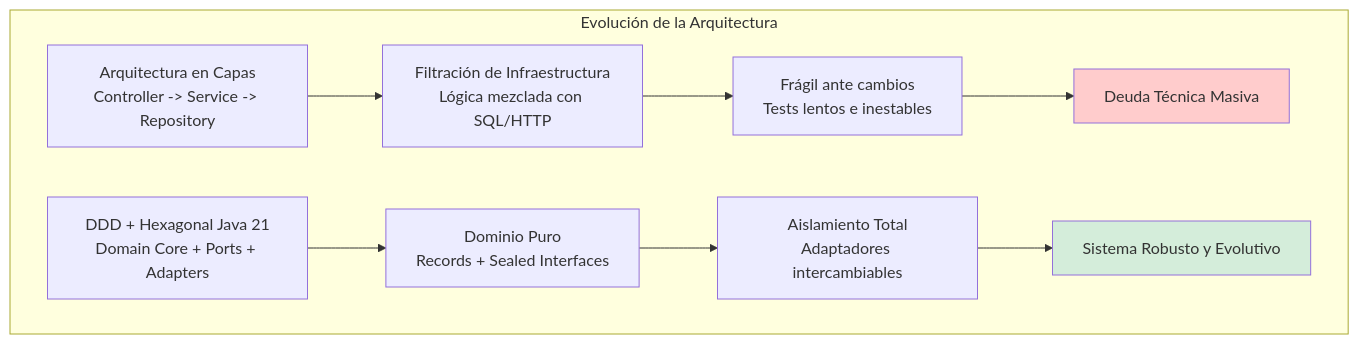
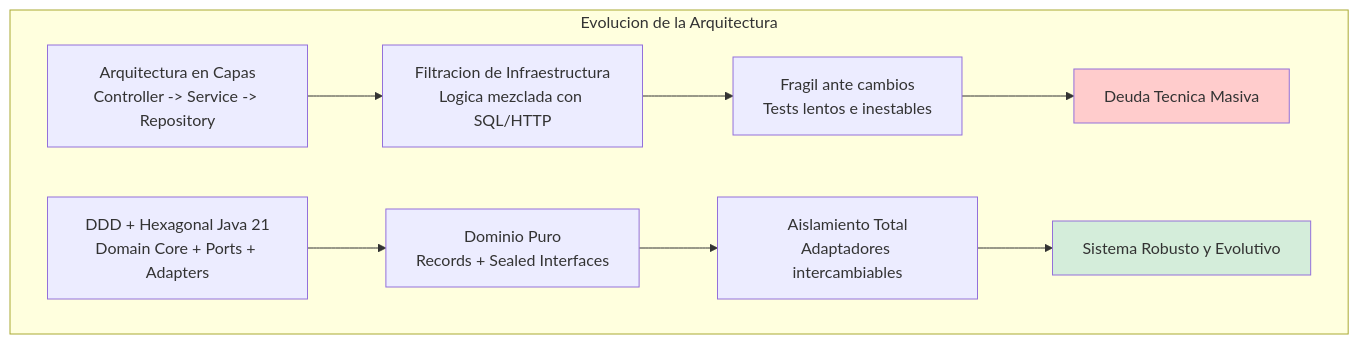
The first of 4 diagrams in 02_Arquitectura/ddd_y_arquitectura_hexagonal_con_java_21_STAFF.md (Joaquinriosheredia/DAM-Java-Mastery), drawn with Mermaid before and after one commit. The commit also changed other lines of this file, not shown here.

Commit message:
ddd_y_arquitectura_hexagonal_con_java_21_STAFF.md

````diff
--- a/02_Arquitectura/ddd_y_arquitectura_hexagonal_con_java_21_STAFF.md
+++ b/02_Arquitectura/ddd_y_arquitectura_hexagonal_con_java_21_STAFF.md
@@ -38,15 +57,15 @@
 ```mermaid
 graph TD
-    subgraph "Evolución de la Arquitectura"
-        OLD[Arquitectura en Capas<br>Controller -> Service -> Repository] --> LEAK[Filtración de Infraestructura<br>Lógica mezclada con SQL/HTTP]
-        LEAK --> FRAGILE[Frágil ante cambios<br>Tests lentos e inestables]
-        FRAGILE --> DEBT[Deuda Técnica Masiva]
+    subgraph "Evolucion de la Arquitectura"
+        OLD[Arquitectura en Capas<br/>Controller -> Service -> Repository] --> LEAK[Filtracion de Infraestructura<br/>Logica mezclada con SQL/HTTP]
+        LEAK --> FRAGILE[Fragil ante cambios<br/>Tests lentos e inestables]
+        FRAGILE --> DEBT[Deuda Tecnica Masiva]
         
-        NEW[DDD + Hexagonal Java 21<br>Domain Core + Ports + Adapters] --> PURE[Dominio Puro<br>Records + Sealed Interfaces]
-        PURE --> ISOL[Aislamiento Total<br>Adaptadores intercambiables]
+        NEW[DDD + Hexagonal Java 21<br/>Domain Core + Ports + Adapters] --> PURE[Dominio Puro<br/>Records + Sealed Interfaces]
+        PURE --> ISOL[Aislamiento Total<br/>Adaptadores intercambiables]
         ISOL --> ROBUST[Sistema Robusto y Evolutivo]
     end
     
     style DEBT fill:#ffcccc
     style ROBUST fill:#d4edda
 ```
````
